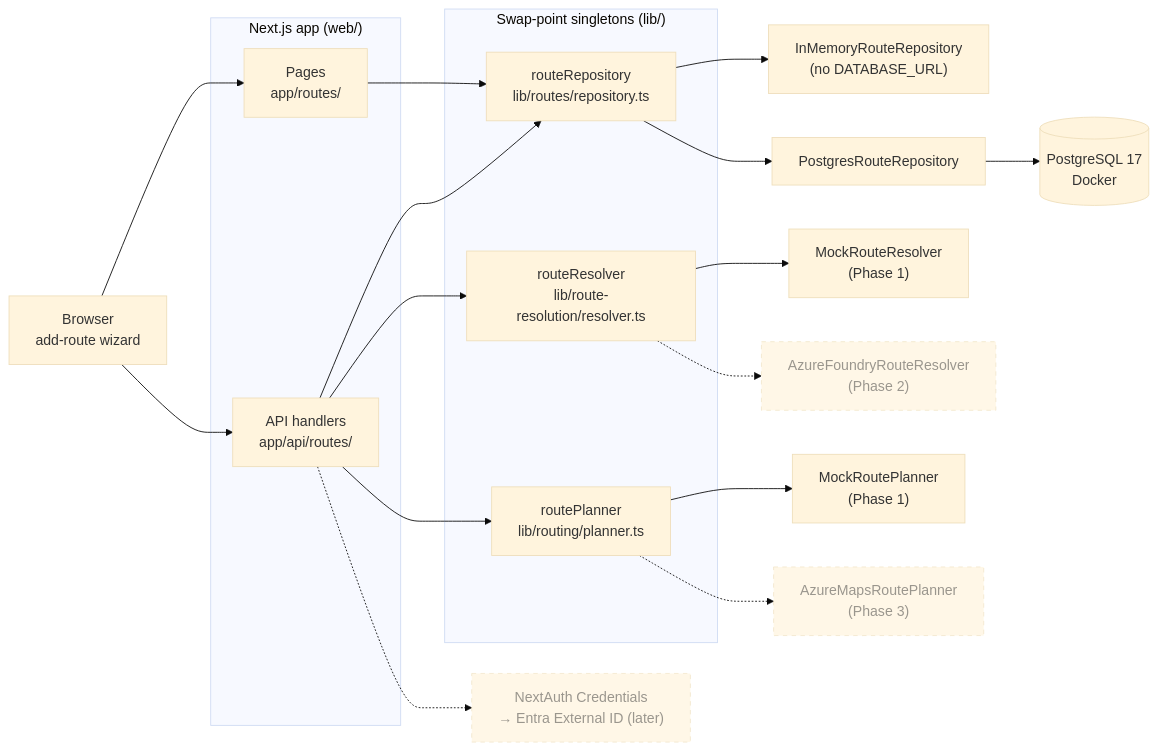
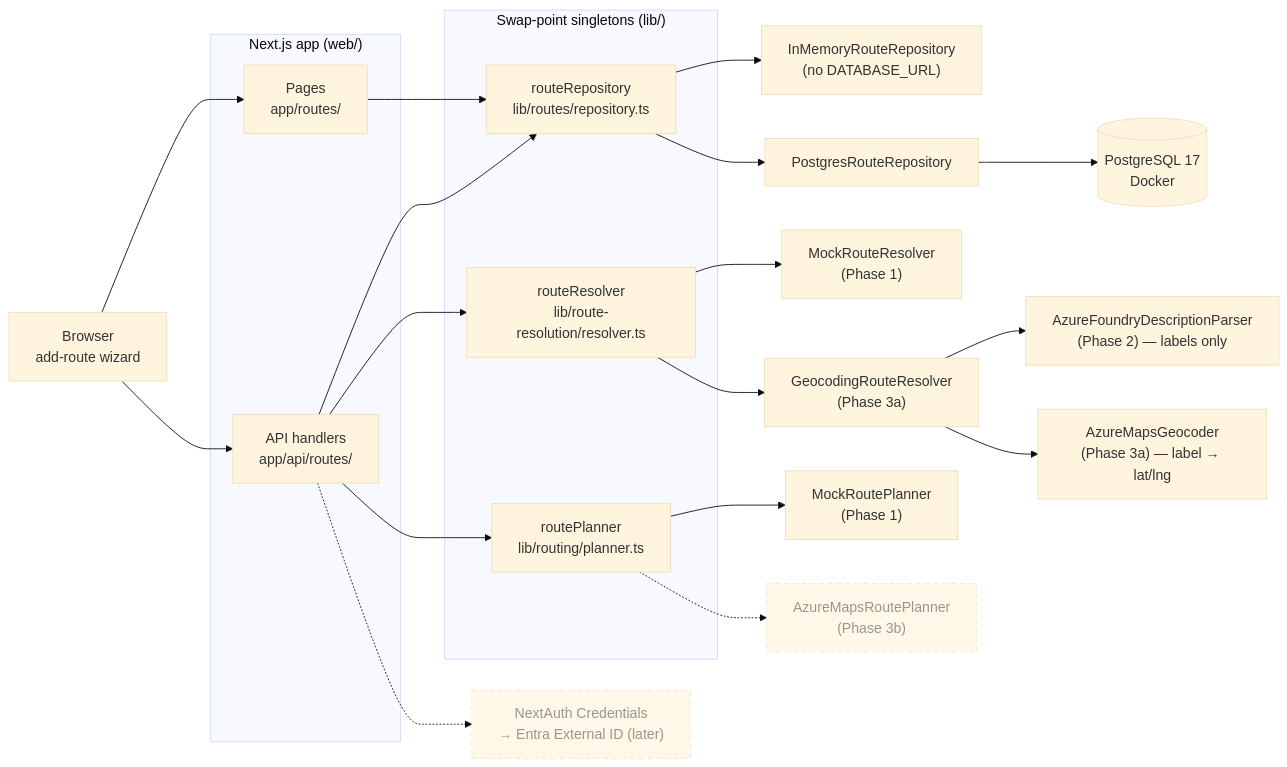
Before and after one commit to okonov/roadsight: the first of 4 diagrams in docs/add-route-design.md, drawn with Mermaid (base theme). The commit also changed other lines of this file and 10 other files, not shown here.

Commit message:
implement azure maps geocoding in route resolution

````diff
--- a/docs/add-route-design.md
+++ b/docs/add-route-design.md
@@ -29,42 +32,46 @@
 ```mermaid
 flowchart LR
     B[Browser<br/>add-route wizard]
 
     subgraph next ["Next.js app (web/)"]
         P["Pages<br/>app/routes/"]
         A["API handlers<br/>app/api/routes/"]
     end
 
     subgraph sp ["Swap-point singletons (lib/)"]
         R["routeRepository<br/>lib/routes/repository.ts"]
         RES["routeResolver<br/>lib/route-resolution/resolver.ts"]
         PL["routePlanner<br/>lib/routing/planner.ts"]
     end
 
     IM["InMemoryRouteRepository<br/>(no DATABASE_URL)"]
     PG["PostgresRouteRepository"]
     DB[("PostgreSQL 17<br/>Docker")]
     MR["MockRouteResolver<br/>(Phase 1)"]
-    AF["AzureFoundryRouteResolver<br/>(Phase 2)"]
+    GR["GeocodingRouteResolver<br/>(Phase 3a)"]
+    AF["AzureFoundryDescriptionParser<br/>(Phase 2) — labels only"]
+    GC["AzureMapsGeocoder<br/>(Phase 3a) — label → lat/lng"]
     MP["MockRoutePlanner<br/>(Phase 1)"]
-    AM["AzureMapsRoutePlanner<br/>(Phase 3)"]
+    AM["AzureMapsRoutePlanner<br/>(Phase 3b)"]
     AUTH["NextAuth Credentials<br/>→ Entra External ID (later)"]
 
     B --> P
     B --> A
     P --> R
     A --> R
     A --> RES
     A --> PL
     A -.-> AUTH
     R --> IM
     R --> PG
     PG --> DB
     RES --> MR
-    RES -.-> AF
+    RES --> GR
+    GR --> AF
+    GR --> GC
     PL --> MP
     PL -.-> AM
 
     classDef future stroke-dasharray: 5 5,opacity:0.7
-    class AF,AM,AUTH future
+    class AM,AUTH future
 ```
````
